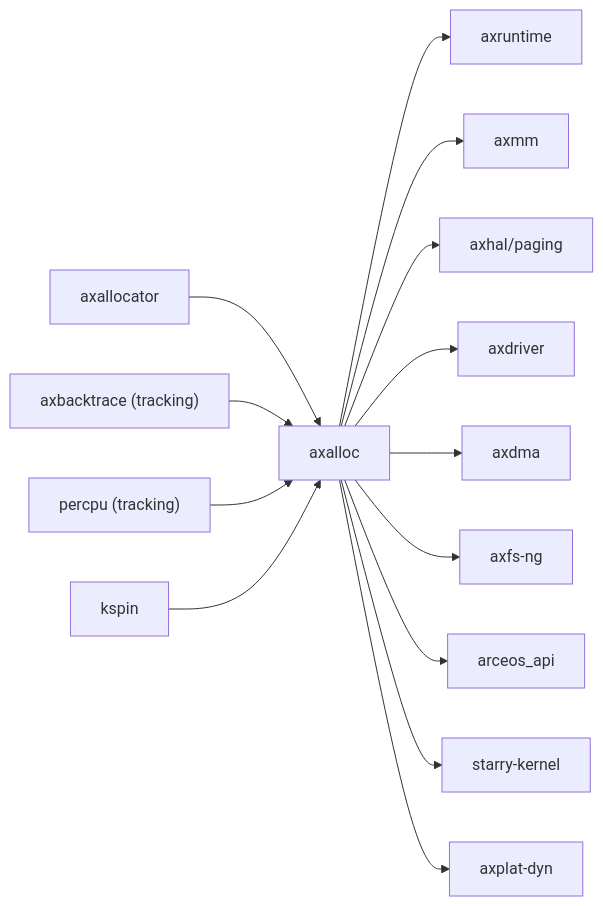
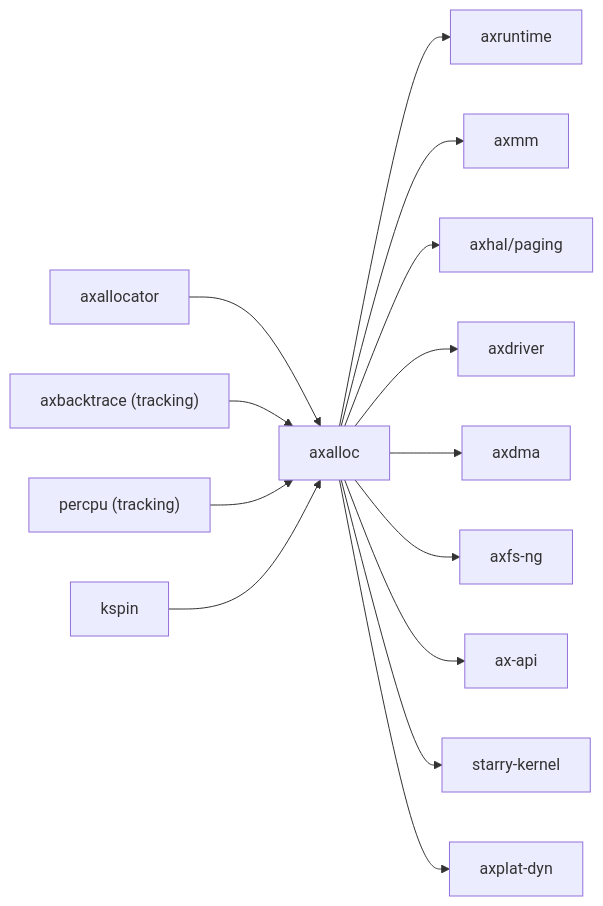
Before and after one commit to zKurisu/tgoskits: the second of 2 diagrams in docs/crates/axalloc.md, drawn with Mermaid. The commit also changed other lines of this file and 61 other files, not shown here.

Commit message:
rename arceos_api to ax-api

````diff
--- a/docs/crates/axalloc.md
+++ b/docs/crates/axalloc.md
@@ -82,17 +82,17 @@
 ```mermaid
 graph LR
     axallocator["axallocator"] --> axalloc["axalloc"]
     axbacktrace["axbacktrace (tracking)"] --> axalloc
     percpu["percpu (tracking)"] --> axalloc
     kspin["kspin"] --> axalloc
 
     axalloc --> axruntime["axruntime"]
     axalloc --> axmm["axmm"]
     axalloc --> axhal["axhal/paging"]
     axalloc --> axdriver["axdriver"]
     axalloc --> axdma["axdma"]
     axalloc --> axfsng["axfs-ng"]
-    axalloc --> arceos_api["arceos_api"]
+    axalloc --> ax-api["ax-api"]
     axalloc --> starry_kernel["starry-kernel"]
     axalloc --> axplat_dyn["axplat-dyn"]
 ```
````
